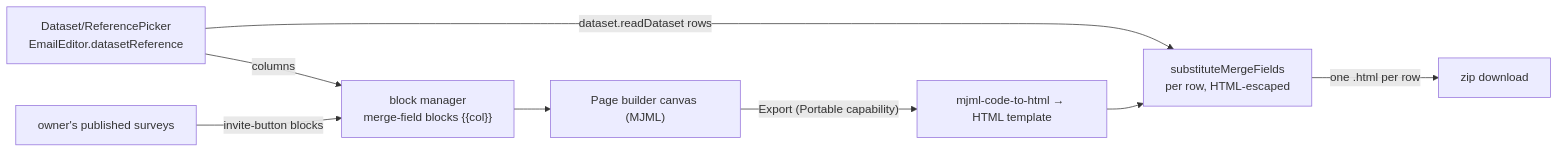
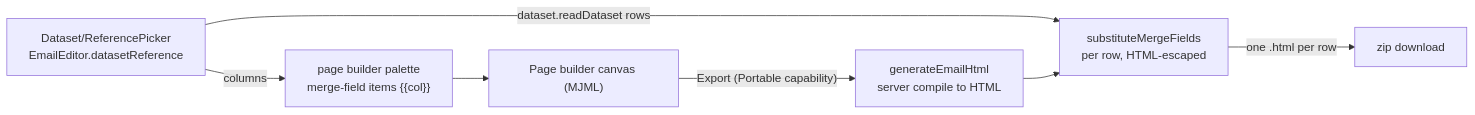
The diagram in openspec/specs/resource/email-personalization/design.md (Esposter/Esposter), drawn with Mermaid before and after one commit. The commit also changed other lines of this file and 3 other files, not shown here.

First line of the commit message:
docs(openspec): the email personalization and survey invite specs describe the survey node as built, with no picker

````diff
--- a/openspec/specs/resource/email-personalization/design.md
+++ b/openspec/specs/resource/email-personalization/design.md
@@ -9,10 +9,9 @@
 ```mermaid
 flowchart LR
-  BIND["Dataset/ReferencePicker<br/>EmailEditor.datasetReference"] -->|columns| BLOCKS["block manager<br/>merge-field blocks {{col}}"]
-  SURV["owner's published surveys"] -->|invite-button blocks| BLOCKS
+  BIND["Dataset/ReferencePicker<br/>EmailEditor.datasetReference"] -->|columns| BLOCKS["page builder palette<br/>merge-field items {{col}}"]
   BLOCKS --> CANVAS["Page builder canvas (MJML)"]
-  CANVAS -->|"Export (Portable capability)"| MJML["mjml-code-to-html → HTML template"]
+  CANVAS -->|"Export (Portable capability)"| MJML["generateEmailHtml<br/>server compile to HTML"]
   BIND -->|dataset.readDataset rows| SUB["substituteMergeFields<br/>per row, HTML-escaped"]
   MJML --> SUB
   SUB -->|"one .html per row"| OUT["zip download"]
 ```
````
